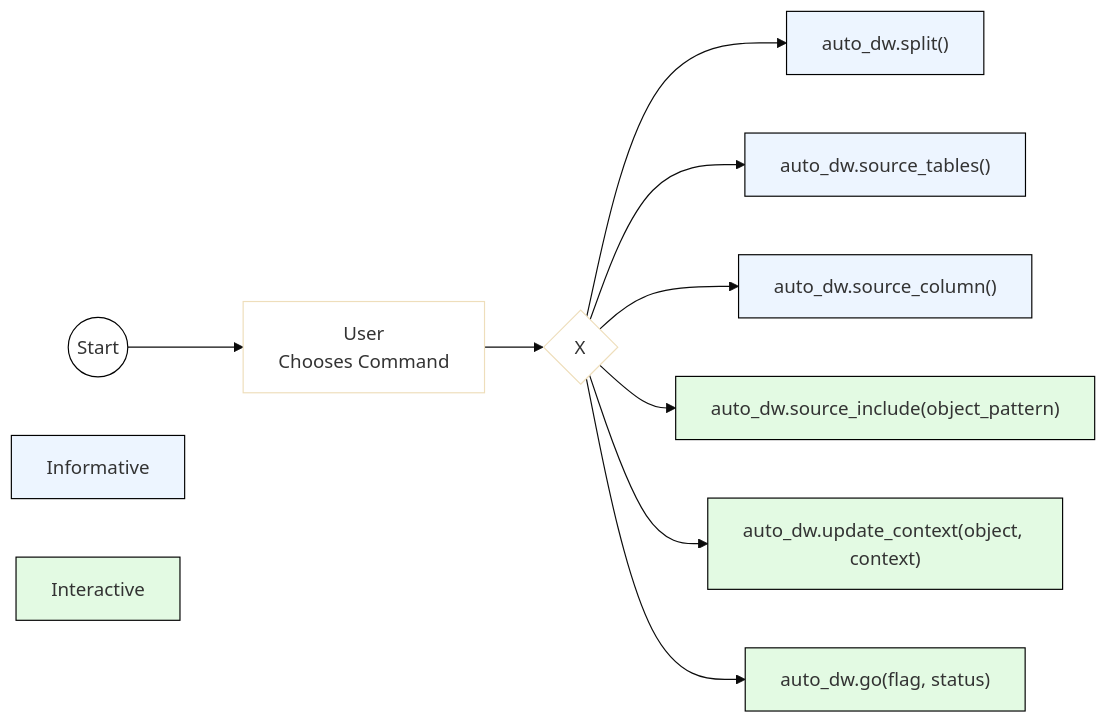
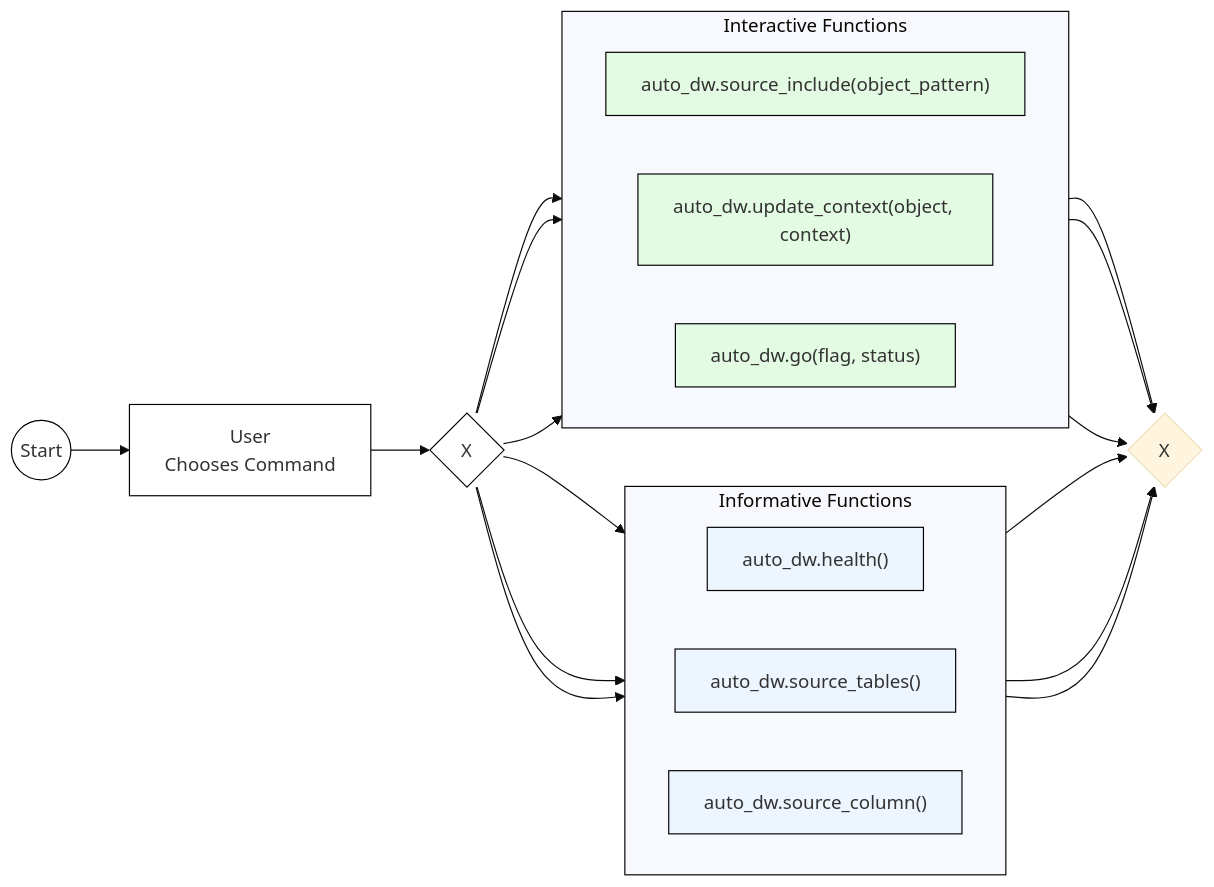
The third of 3 diagrams in docs/vision_plus_script/readme.md (tembo-io/pg_auto_dw), drawn with Mermaid (base theme) before and after one commit.

````diff
--- a/docs/vision_plus_script/readme.md
+++ b/docs/vision_plus_script/readme.md
@@ -77,17 +77,29 @@
 ```mermaid
 flowchart LR
+ subgraph functions_informative["Informative Functions"]
+    direction LR
+        health["auto_dw.health()"]
+        source_tables["auto_dw.source_tables()"]
+        source_column["auto_dw.source_column()"]
+  end
+ subgraph functions_interactive["Interactive Functions"]
+    direction LR
+        source_clude["auto_dw.source_include(object_pattern)"]
+        update_context["auto_dw.update_context(object, context)"]
+        go["auto_dw.go(flag, status)"]
+  end
     Start(("Start")) --> command["User\nChooses Command"]
     command --> split{"X"}
-    split --> health["auto_dw.split()"] & source_tables["auto_dw.source_tables()"] & source_column["auto_dw.source_column()"] & source_clude["auto_dw.source_include(object_pattern)"] & update_context["auto_dw.update_context(object, context)"] & go["auto_dw.go(flag, status)"] 
-    style Informative fill:#edf5ff,stroke:#000000
-    style Interactive fill:#e3fae3,stroke:#000000
-    style Start stroke-width:1px,fill:#FFFFFF,stroke:#000000
-    style command fill:#FFFFFF
-    style split fill:#FFFFFF
+    split --> health & source_tables & source_column & source_clude & update_context & go --> join{"X"}
     style health fill:#edf5ff,stroke:#000000
     style source_tables fill:#edf5ff,stroke:#000000
     style source_column fill:#edf5ff,stroke:#000000
     style source_clude fill:#e3fae3,stroke:#000000
     style update_context fill:#e3fae3,stroke:#000000
     style go fill:#e3fae3,stroke:#000000
+    style Start stroke-width:1px,fill:#FFFFFF,stroke:#000000
+    style command fill:#FFFFFF,stroke:#000000
+    style split fill:#FFFFFF,stroke:#000000
+    style functions_informative stroke:#000000
+    style functions_interactive stroke:#000000
 ```
````
